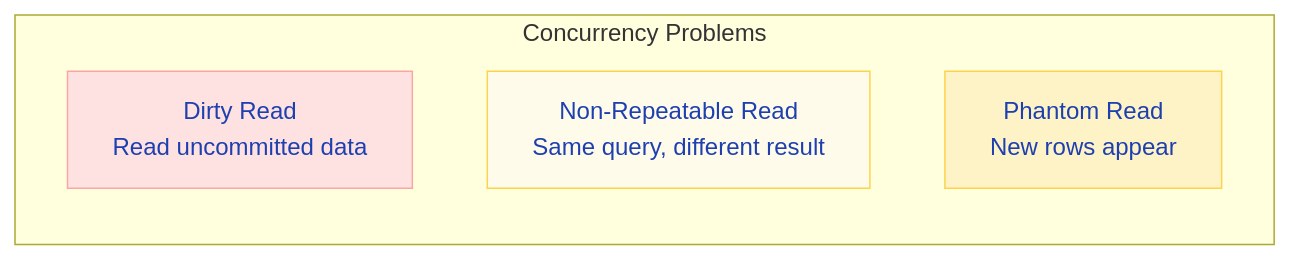
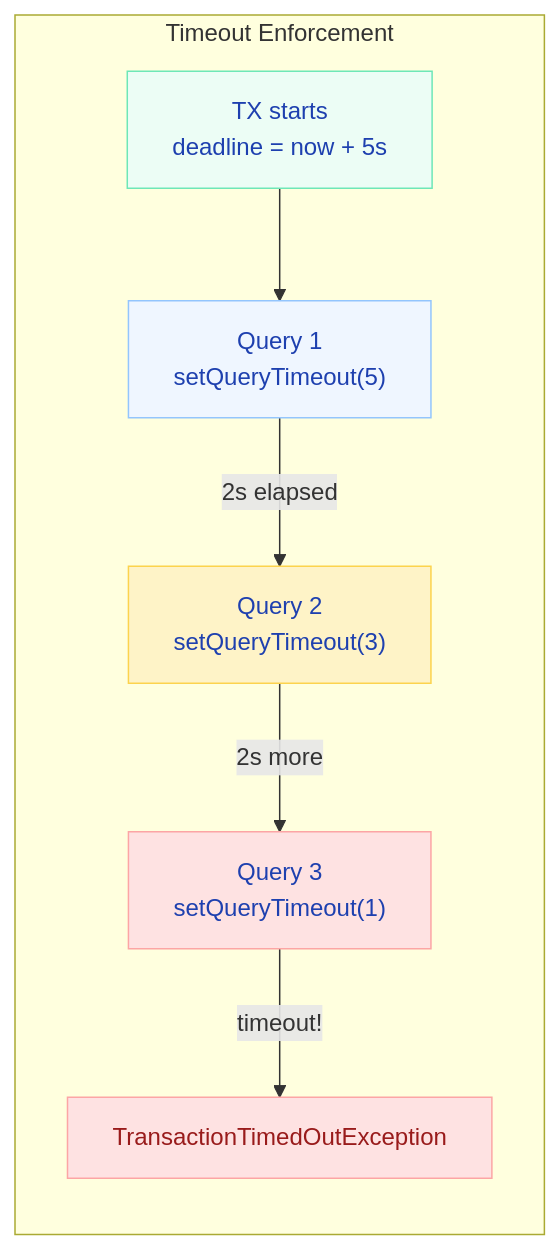
The sixth of 7 diagrams in docs/springboot/transactions.md (saivamsikaruturi/vamsilabs-dev-notes-main), drawn with Mermaid before and after one commit. The commit also changed other lines of this file and 21 other files, not shown here.

````diff
--- a/docs/springboot/transactions.md
+++ b/docs/springboot/transactions.md
@@ -298,12 +759,15 @@
 ```mermaid
 flowchart LR
-    subgraph Problems["Concurrency Problems"]
-        DR["Dirty Read<br/>Read uncommitted data"]
-        NR["Non-Repeatable Read<br/>Same query, different result"]
-        PR["Phantom Read<br/>New rows appear"]
+    subgraph Timeout["Timeout Enforcement"]
+        Start["TX starts<br/>deadline = now + 5s"] --> Q1["Query 1<br/>setQueryTimeout(5)"]
+        Q1 -->|"2s elapsed"| Q2["Query 2<br/>setQueryTimeout(3)"]
+        Q2 -->|"2s more"| Q3["Query 3<br/>setQueryTimeout(1)"]
+        Q3 -->|"timeout!"| Ex["TransactionTimedOutException"]
     end
 
-    style DR fill:#FEE2E2,stroke:#FCA5A5,color:#1E40AF
-    style NR fill:#FFFBEB,stroke:#FCD34D,color:#1E40AF
-    style PR fill:#FEF3C7,stroke:#FCD34D,color:#1E40AF
+    style Start fill:#ECFDF5,stroke:#6EE7B7,color:#1E40AF
+    style Q1 fill:#EFF6FF,stroke:#93C5FD,color:#1E40AF
+    style Q2 fill:#FEF3C7,stroke:#FCD34D,color:#1E40AF
+    style Q3 fill:#FEE2E2,stroke:#FCA5A5,color:#1E40AF
+    style Ex fill:#FEE2E2,stroke:#FCA5A5,color:#991B1B
 ```
````
